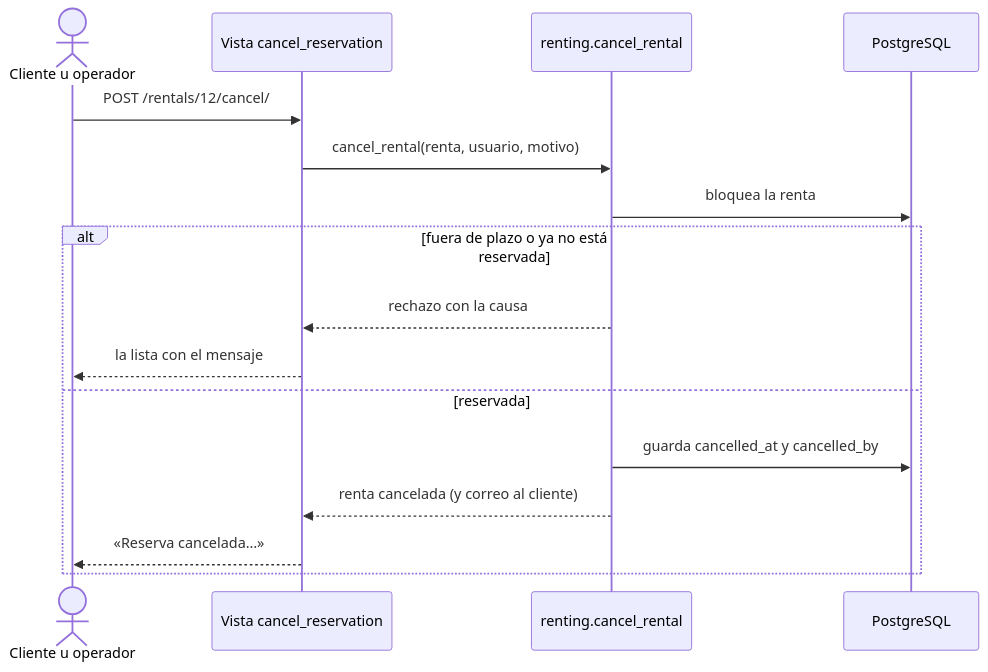
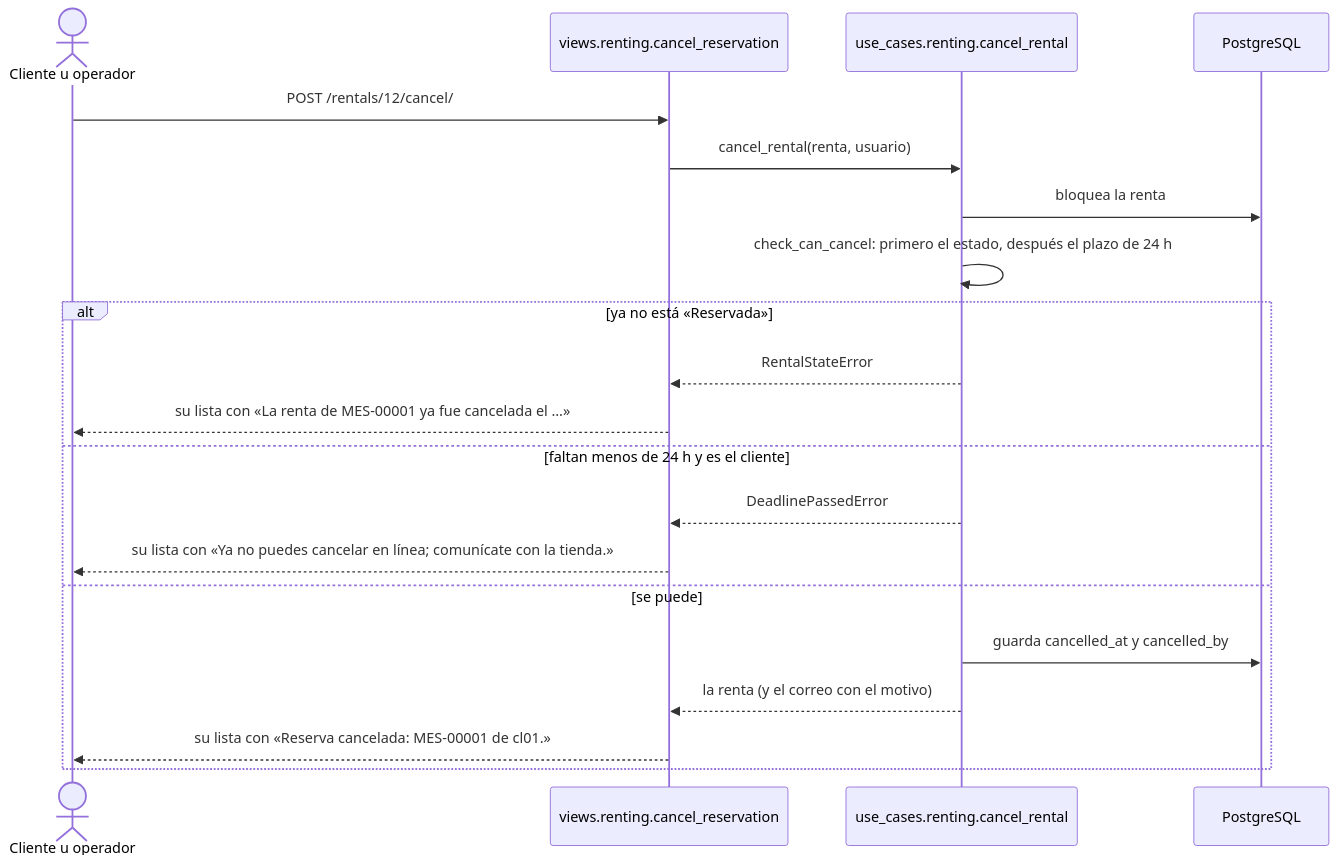
Before and after one commit to peterteranb/astra-rent-system: the eighth of 17 diagrams in docs/casos-de-uso.md, drawn with Mermaid. The commit also changed other lines of this file and 12 other files, not shown here.

Commit message:
docs: final docs index, decisions and checked sequence diagrams

````diff
--- a/docs/casos-de-uso.md
+++ b/docs/casos-de-uso.md
@@ -346,18 +420,22 @@
 ```mermaid
 sequenceDiagram
     actor C as Cliente u operador
-    participant V as Vista cancel_reservation
-    participant U as renting.cancel_rental
+    participant V as views.renting.cancel_reservation
+    participant U as use_cases.renting.cancel_rental
     participant BD as PostgreSQL
     C->>V: POST /rentals/12/cancel/
-    V->>U: cancel_rental(renta, usuario, motivo)
+    V->>U: cancel_rental(renta, usuario)
     U->>BD: bloquea la renta
-    alt fuera de plazo o ya no está reservada
-        U-->>V: rechazo con la causa
-        V-->>C: la lista con el mensaje
-    else reservada
+    U->>U: check_can_cancel: primero el estado, después el plazo de 24 h
+    alt ya no está «Reservada»
+        U-->>V: RentalStateError
+        V-->>C: su lista con «La renta de MES-00001 ya fue cancelada el …»
+    else faltan menos de 24 h y es el cliente
+        U-->>V: DeadlinePassedError
+        V-->>C: su lista con «Ya no puedes cancelar en línea#59; comunícate con la tienda.»
+    else se puede
         U->>BD: guarda cancelled_at y cancelled_by
-        U-->>V: renta cancelada (y correo al cliente)
-        V-->>C: «Reserva cancelada…»
+        U-->>V: la renta (y el correo con el motivo)
+        V-->>C: su lista con «Reserva cancelada: MES-00001 de cl01.»
     end
 ```
````
